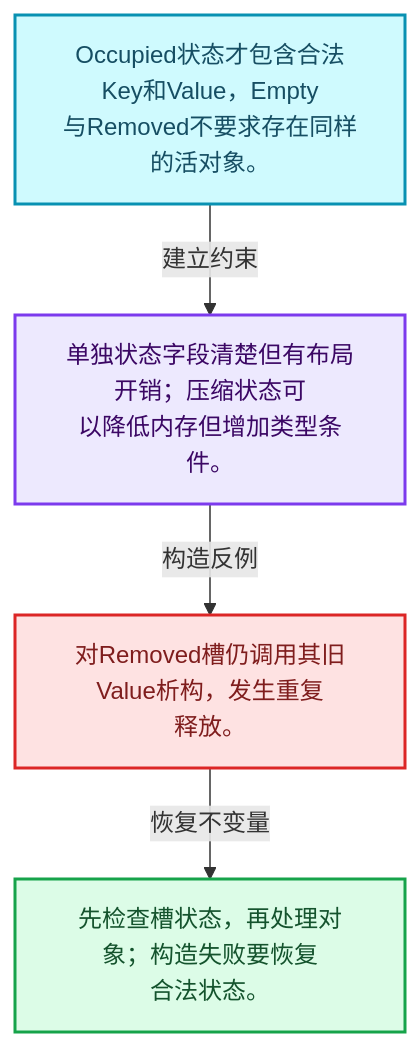
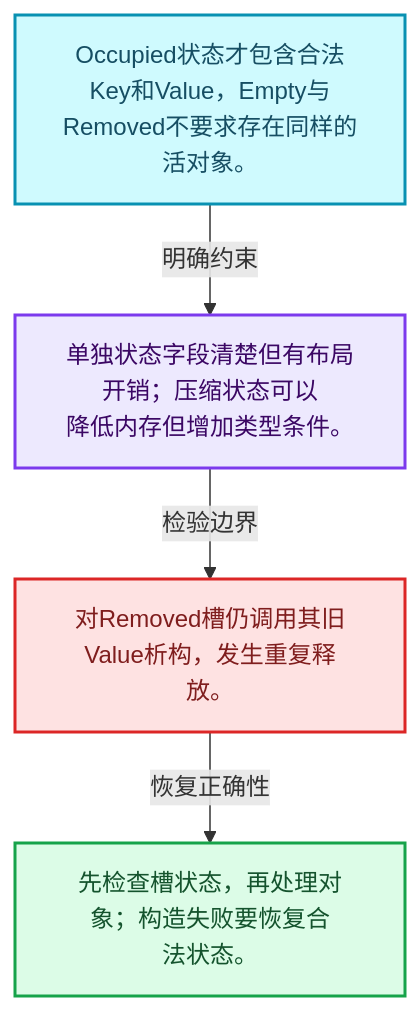
Before and after one commit to yunkezengren/blender-.vscode: the first of 4 diagrams in 杂/markdown/全面学习-codex/02-哈希表与关联数据结构/03-槽位状态与探测.md, drawn with Mermaid. The commit also changed other lines of this file and 1930 other files, not shown here.

````diff
--- a/杂/markdown/全面学习-codex/02-哈希表与关联数据结构/03-槽位状态与探测.md
+++ b/杂/markdown/全面学习-codex/02-哈希表与关联数据结构/03-槽位状态与探测.md
@@ -29,16 +29,16 @@
 ```mermaid
 flowchart TB
-  M["Occupied状态才包含合法Key和Value，Empty<br/>与Removed不要求存在同样的活对象。"]:::data
-  T["单独状态字段清楚但有布局开销；压缩状态可<br/>以降低内存但增加类型条件。"]:::abstraction
-  X["对Removed槽仍调用其旧Value析构，发生重复<br/>释放。"]:::error
-  A["先检查槽状态，再处理对象；构造失败要恢复<br/>合法状态。"]:::result
-  M -->|"建立约束"| T
-  T -->|"构造反例"| X
-  X -->|"恢复不变量"| A
+  M["Occupied状态才包含合法Key和Value，Empty与<br/>Removed不要求存在同样的活对象。"]:::data
+  C["单独状态字段清楚但有布局开销；压缩状态可以<br/>降低内存但增加类型条件。"]:::abstraction
+  B["对Removed槽仍调用其旧Value析构，发生重复释<br/>放。"]:::error
+  R["先检查槽状态，再处理对象；构造失败要恢复合<br/>法状态。"]:::result
+  M -->|"明确约束"| C
+  C -->|"检验边界"| B
+  B -->|"恢复正确性"| R
   classDef input fill:#DBEAFE,stroke:#2563EB,color:#172554,stroke-width:2px;
   classDef data fill:#CFFAFE,stroke:#0891B2,color:#164E63,stroke-width:2px;
   classDef abstraction fill:#EDE9FE,stroke:#7C3AED,color:#3B0764,stroke-width:2px;
   classDef compute fill:#FEF3C7,stroke:#D97706,color:#78350F,stroke-width:2px;
   classDef result fill:#DCFCE7,stroke:#16A34A,color:#14532D,stroke-width:2px;
   classDef error fill:#FEE2E2,stroke:#DC2626,color:#7F1D1D,stroke-width:2px;
 ```
````
